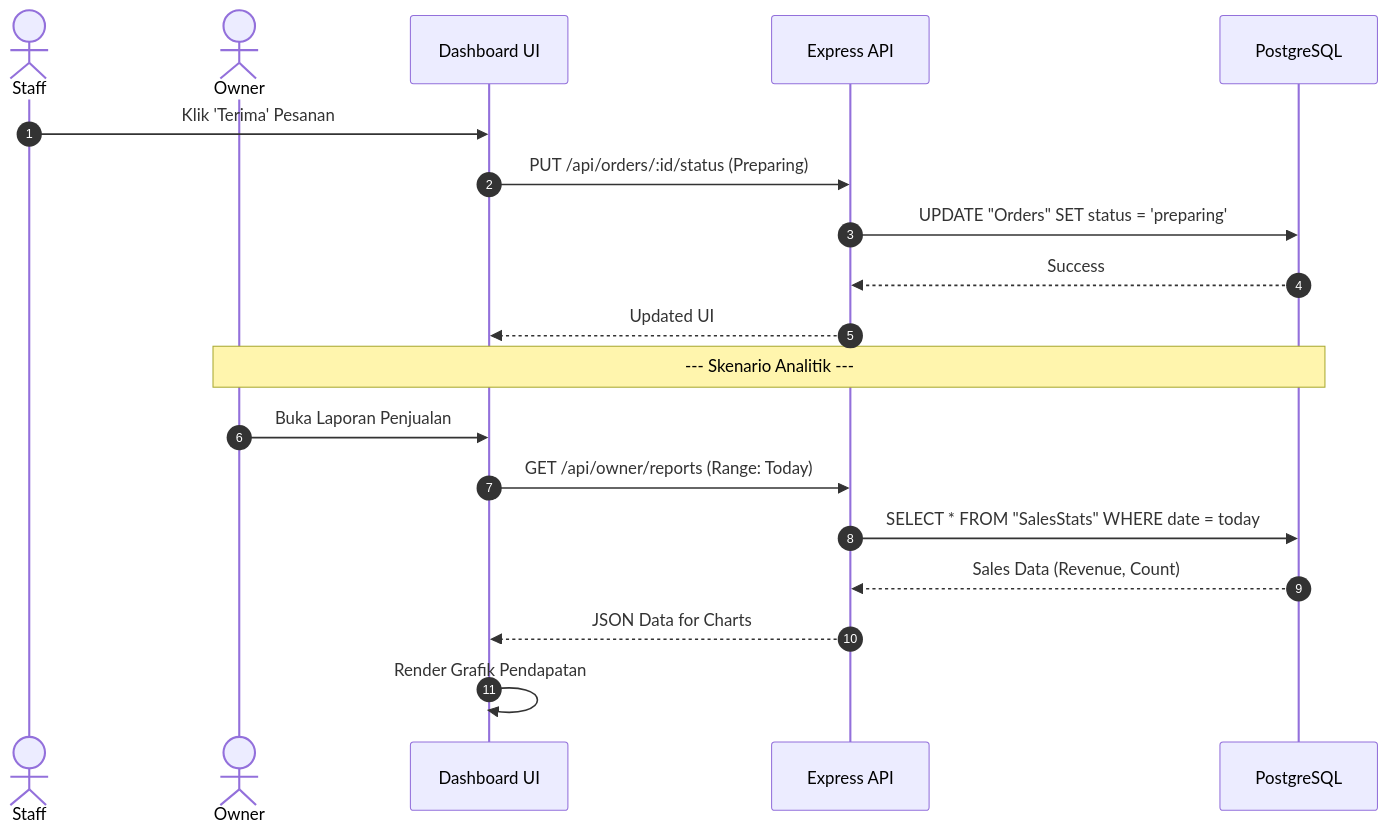
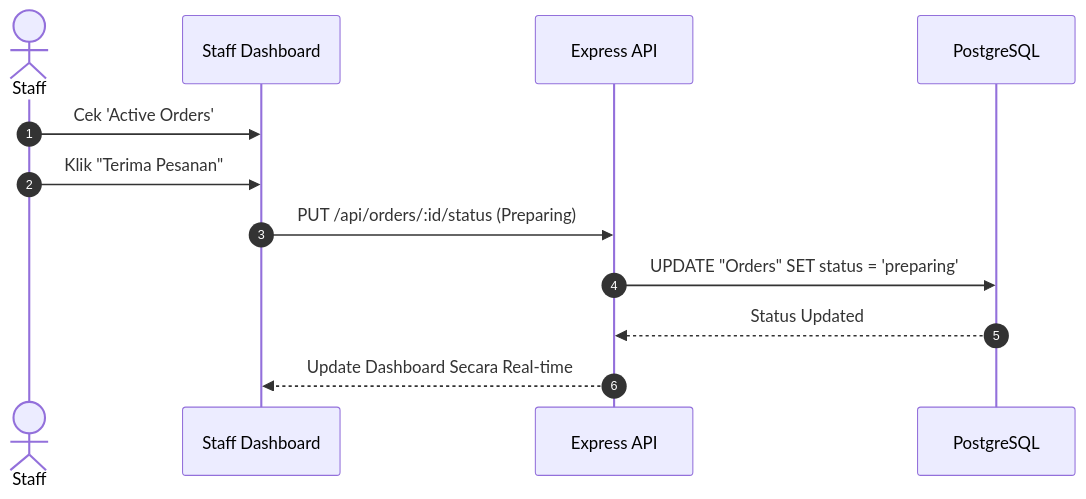
One commit to ArgaFd/backend_restaurant changed the tenth of 13 diagrams in README.md. Above: the diagram before and after it, drawn with Mermaid. The commit also changed other lines of this file, not shown here.

Commit message:
Docs: Split sequence diagrams into 6 individual detailed diagrams

````diff
--- a/README.md
+++ b/README.md
@@ -261,24 +277,15 @@
 ```mermaid
 sequenceDiagram
     autonumber
     actor Staff
-    actor Owner
-    participant Frontend as Dashboard UI
+    participant Frontend as Staff Dashboard
     participant Backend as Express API
     participant PG as PostgreSQL
 
-    Staff->>Frontend: Klik 'Terima' Pesanan
+    Staff->>Frontend: Cek 'Active Orders'
+    Staff->>Frontend: Klik "Terima Pesanan"
     Frontend->>Backend: PUT /api/orders/:id/status (Preparing)
     Backend->>PG: UPDATE "Orders" SET status = 'preparing'
-    PG-->>Backend: Success
-    Backend-->>Frontend: Updated UI
-    
-    Note over Owner, PG: --- Skenario Analitik ---
-    
-    Owner->>Frontend: Buka Laporan Penjualan
-    Frontend->>Backend: GET /api/owner/reports (Range: Today)
-    Backend->>PG: SELECT * FROM "SalesStats" WHERE date = today
-    PG-->>Backend: Sales Data (Revenue, Count)
-    Backend-->>Frontend: JSON Data for Charts
-    Frontend->>Frontend: Render Grafik Pendapatan
+    PG-->>Backend: Status Updated
+    Backend-->>Frontend: Update Dashboard Secara Real-time
 ```
````
